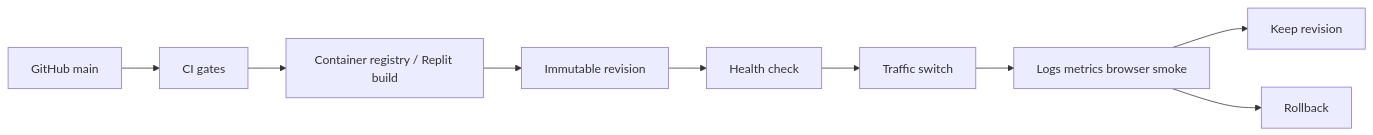
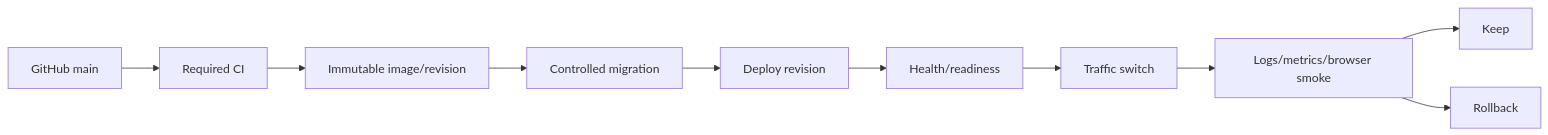
One commit to royleon4/huang_yeh_wedding changed the first of 2 diagrams in docs/site-handbook/09-release-observability.md. Above: the diagram before and after it, drawn with Mermaid. The commit also changed other lines of this file, not shown here.

````diff
--- a/docs/site-handbook/09-release-observability.md
+++ b/docs/site-handbook/09-release-observability.md
@@ -5,11 +5,12 @@
 ```mermaid
 flowchart LR
-  Git[GitHub main] --> CI[CI gates]
-  CI --> Registry[Container registry / Replit build]
-  Registry --> Revision[Immutable revision]
-  Revision --> Health[Health check]
+  Git[GitHub main] --> CI[Required CI]
+  CI --> Artifact[Immutable image/revision]
+  Artifact --> Migrate[Controlled migration]
+  Migrate --> Deploy[Deploy revision]
+  Deploy --> Health[Health/readiness]
   Health --> Traffic[Traffic switch]
-  Traffic --> Observe[Logs metrics browser smoke]
-  Observe --> Keep[Keep revision]
+  Traffic --> Observe[Logs/metrics/browser smoke]
+  Observe --> Keep[Keep]
   Observe --> Rollback[Rollback]
 ```
````
